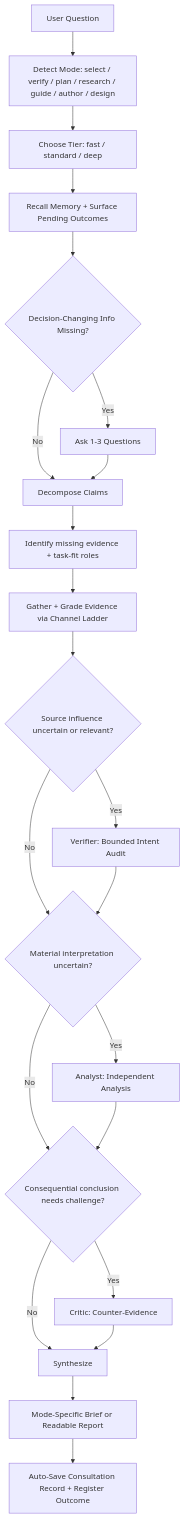
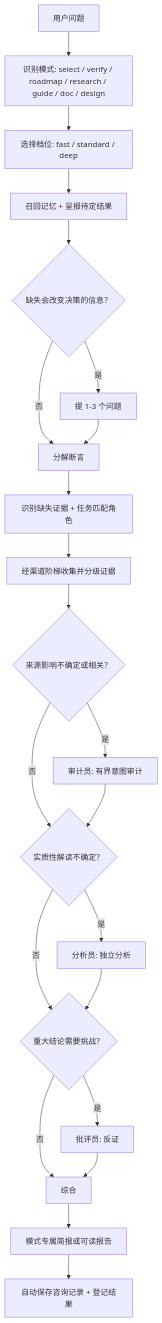
Before and after one commit to Arrowyi/janus-agent-plugin: the second of 2 diagrams in docs/architecture.md, drawn with Mermaid. The commit also changed other lines of this file and 4 other files, not shown here.

````diff
--- a/docs/architecture.md
+++ b/docs/architecture.md
@@ -195,24 +192,24 @@
 ```mermaid
 flowchart TD
-    Q[User Question] --> MODE[Detect Mode: select / verify / plan / research / guide / author / design]
-    MODE --> T[Choose Tier: fast / standard / deep]
-    T --> M[Recall Memory + Surface Pending Outcomes]
-    M --> C{Decision-Changing Info Missing?}
-    C -->|Yes| ASK[Ask 1-3 Questions]
-    C -->|No| D[Decompose Claims]
+    Q[用户问题] --> MODE[识别模式: select / verify / roadmap / research / guide / doc / design]
+    MODE --> T[选择档位: fast / standard / deep]
+    T --> M[召回记忆 + 呈报待定结果]
+    M --> C{缺失会改变决策的信息？}
+    C -->|是| ASK[提 1-3 个问题]
+    C -->|否| D[分解断言]
     ASK --> D
-    D --> R[Identify missing evidence + task-fit roles]
-    R --> G[Gather + Grade Evidence via Channel Ladder]
-    G --> V{Source influence uncertain or relevant?}
-    V -->|Yes| IA[Verifier: Bounded Intent Audit]
-    V -->|No| A{Material interpretation uncertain?}
+    D --> R[识别缺失证据 + 任务匹配角色]
+    R --> G[经渠道阶梯收集并分级证据]
+    G --> V{来源影响不确定或相关？}
+    V -->|是| IA[审计员: 有界意图审计]
+    V -->|否| A{实质性解读不确定？}
     IA --> A
-    A -->|Yes| AN[Analyst: Independent Analysis]
-    A -->|No| X{Consequential conclusion needs challenge?}
+    A -->|是| AN[分析员: 独立分析]
+    A -->|否| X{重大结论需要挑战？}
     AN --> X
-    X -->|Yes| CE[Critic: Counter-Evidence]
-    X -->|No| SYN[Synthesize]
+    X -->|是| CE[批评员: 反证]
+    X -->|否| SYN[综合]
     CE --> SYN
-    SYN --> O[Mode-Specific Brief or Readable Report]
-    O --> SAVE[Auto-Save Consultation Record + Register Outcome]
+    SYN --> O[模式专属简报或可读报告]
+    O --> SAVE[自动保存咨询记录 + 登记结果]
 ```
````
